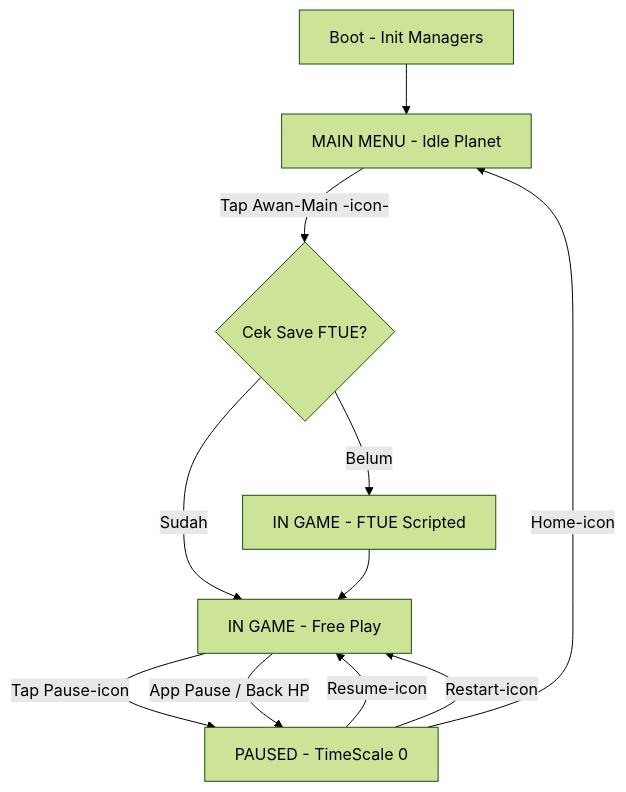
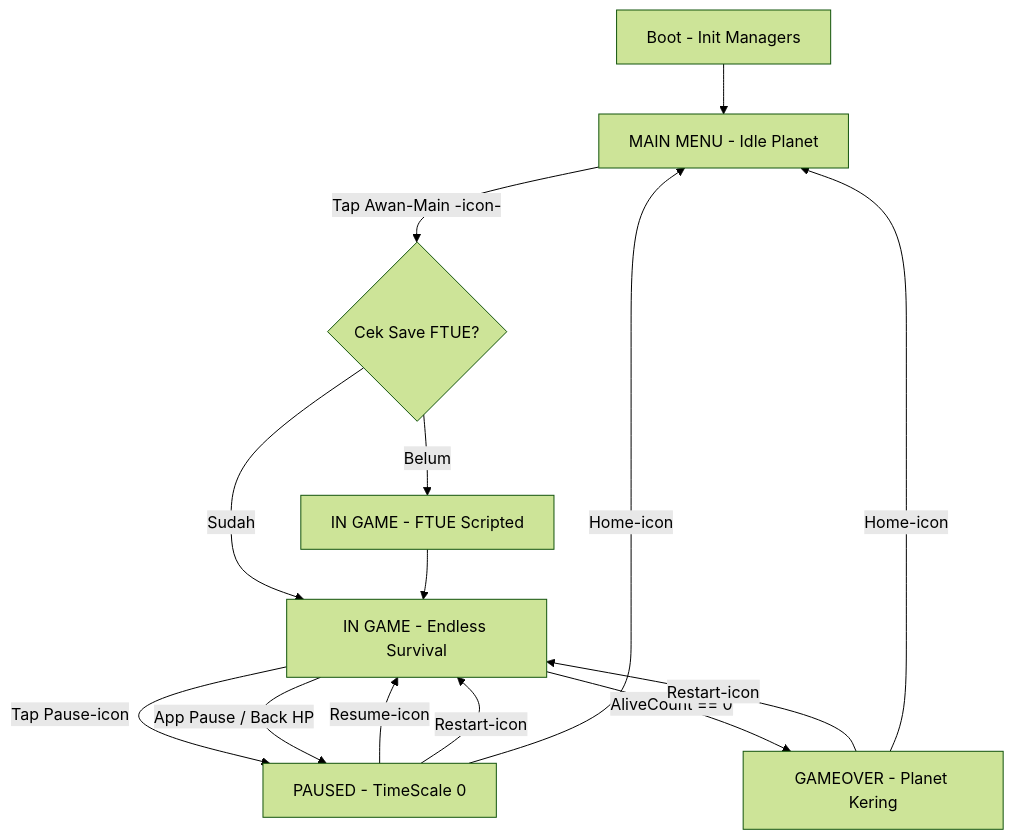
The diagram in Temporary 2.md (ramasii/Game-Development), drawn with Mermaid (forest theme) before and after one commit. The commit also changed other lines of this file, not shown here.

````diff
--- a/Temporary 2.md
+++ b/Temporary 2.md
@@ -106,13 +110,16 @@
 ```mermaid
 graph TD
   Boot[Boot - Init Managers] --> MainMenu[MAIN MENU - Idle Planet]
   MainMenu -- Tap Awan-Main -icon- --> FTUECek{Cek Save FTUE?}
   FTUECek -- Belum --> InGame_FTUE[IN GAME - FTUE Scripted]
-  FTUECek -- Sudah --> InGame_Free[IN GAME - Free Play]
+  FTUECek -- Sudah --> InGame_Free[IN GAME - Endless Survival]
   InGame_FTUE --> InGame_Free
   InGame_Free -- Tap Pause-icon --> Paused[PAUSED - TimeScale 0]
   Paused -- Resume-icon --> InGame_Free
   Paused -- Restart-icon --> InGame_Free
   Paused -- Home-icon --> MainMenu
   InGame_Free -- App Pause / Back HP --> Paused
+  InGame_Free -- AliveCount == 0 --> GameOver[GAMEOVER - Planet Kering]
+  GameOver -- Restart-icon --> InGame_Free
+  GameOver -- Home-icon --> MainMenu
 ```
````
